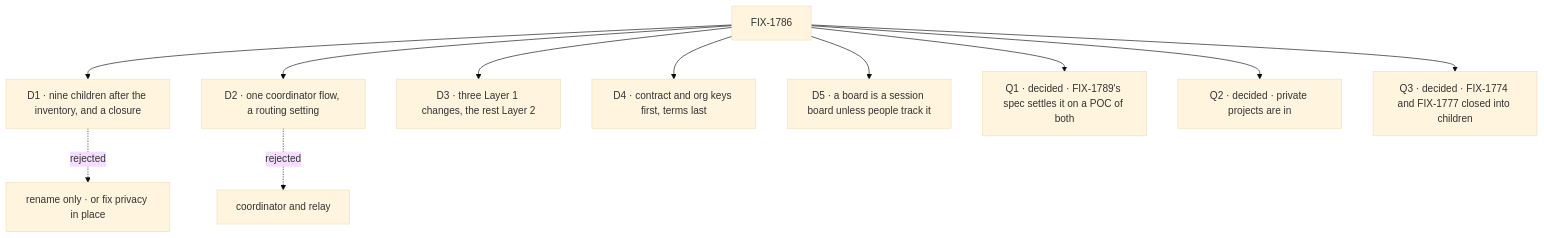
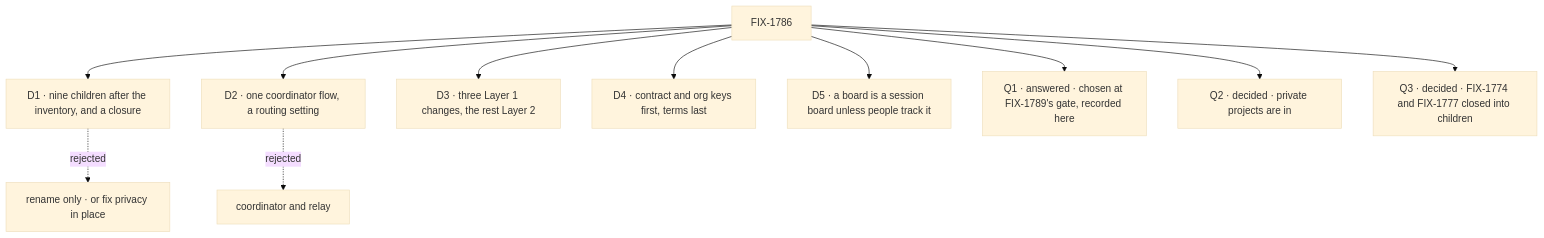
Before and after one commit to fixpoint-labs/flow-state-dev: the diagram in specs/epics/FIX-1786/DECISIONS.md, drawn with Mermaid (base theme). The commit also changed other lines of this file and 5 other files, not shown here.

````diff
--- a/specs/epics/FIX-1786/DECISIONS.md
+++ b/specs/epics/FIX-1786/DECISIONS.md
@@ -13,13 +14,13 @@
 ```mermaid
 flowchart TD
   E["FIX-1786"] --> D1["D1 · nine children after the inventory, and a closure"]
   D1 -.->|"rejected"| X1["rename only · or fix privacy in place"]
   E --> D2["D2 · one coordinator flow, a routing setting"]
   D2 -.->|"rejected"| X2["coordinator and relay"]
   E --> D3["D3 · three Layer 1 changes, the rest Layer 2"]
   E --> D4["D4 · contract and org keys first, terms last"]
   E --> D5["D5 · a board is a session board unless people track it"]
-  E --> Q1["Q1 · decided · FIX-1789's spec settles it on a POC of both"]
+  E --> Q1["Q1 · answered · chosen at FIX-1789's gate, recorded here"]
   E --> Q2["Q2 · decided · private projects are in"]
   E --> Q3["Q3 · decided · FIX-1774 and FIX-1777 closed into children"]
 ```
````
